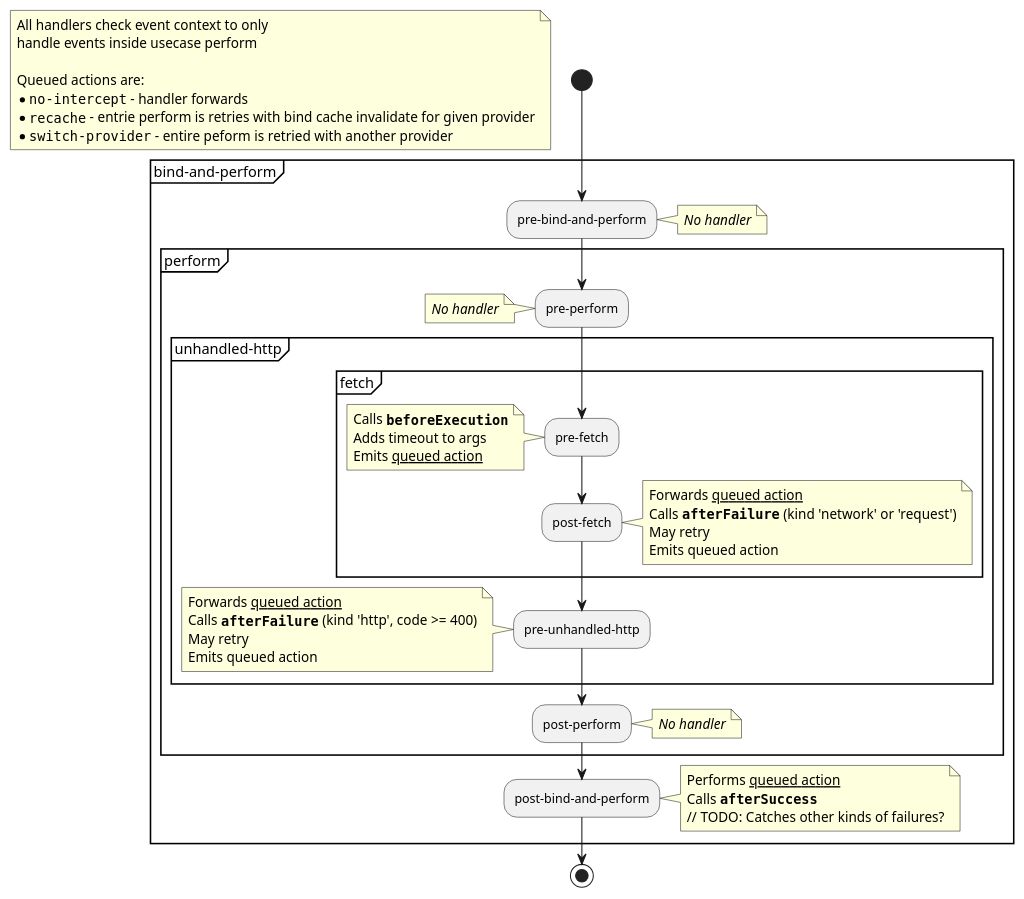
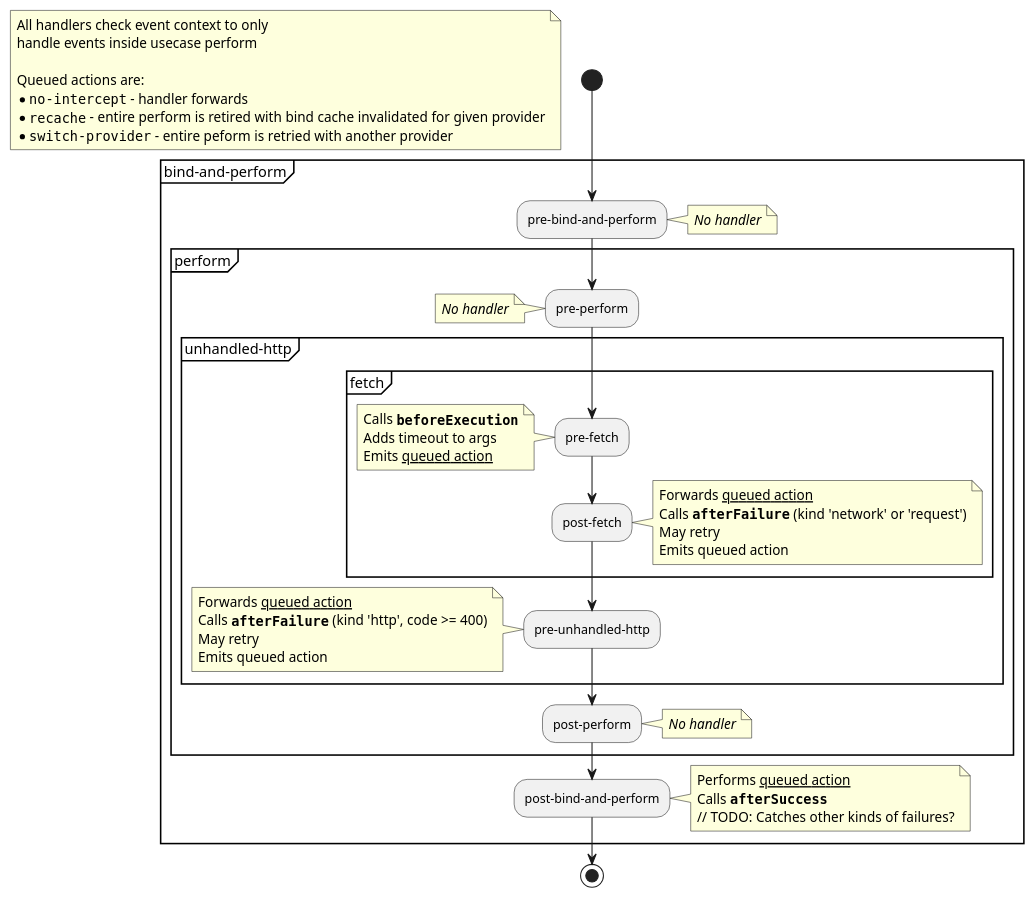
The diagram in docs/client/failure/diagram_failover_hooks.puml (superfaceai/one-sdk-js), drawn with PlantUML before and after one commit. The commit also changed 1 other file, not shown here.

Commit message:
chore: fix typo in diagram

```diff
--- a/docs/client/failure/diagram_failover_hooks.puml
+++ b/docs/client/failure/diagram_failover_hooks.puml
@@ -1,69 +1,69 @@
 @startuml
 
 start
 
 floating note
 	All handlers check event context to only
 	handle events inside usecase perform
 
 	Queued actions are:
 	* ""no-intercept"" - handler forwards
-	* ""recache"" - entrie perform is retries with bind cache invalidate for given provider
+	* ""recache"" - entire perform is retired with bind cache invalidated for given provider
 	* ""switch-provider"" - entire peform is retried with another provider
 end note
 
 partition bind-and-perform {
 	:pre-bind-and-perform;
 	note right
 		//No handler//
 	end note
 
 	partition perform {
 		:pre-perform;
 		note left
 			//No handler//
 		end note
 
 		partition unhandled-http {
 			partition fetch {
 				:pre-fetch;
 				note left
 					Calls **""beforeExecution""**
 					Adds timeout to args
 					Emits __queued action__
 				end note
 
 				:post-fetch;
 				note right
 					Forwards __queued action__
 					Calls **""afterFailure""** (kind 'network' or 'request')
 					May retry
 					Emits queued action
 				end note
 			}
 			:pre-unhandled-http;
 			note left
 				Forwards __queued action__
 				Calls **""afterFailure""** (kind 'http', code >= 400)
 				May retry
 				Emits queued action
 			end note
 		}
 
 		:post-perform;
 		note right
 			//No handler//
 		end note
 	}
 
 	:post-bind-and-perform;
 	note right
 		Performs __queued action__
 		Calls **""afterSuccess""**
 		// TODO: Catches other kinds of failures?
 	end note
 }
 
 stop
 
 @enduml
```
